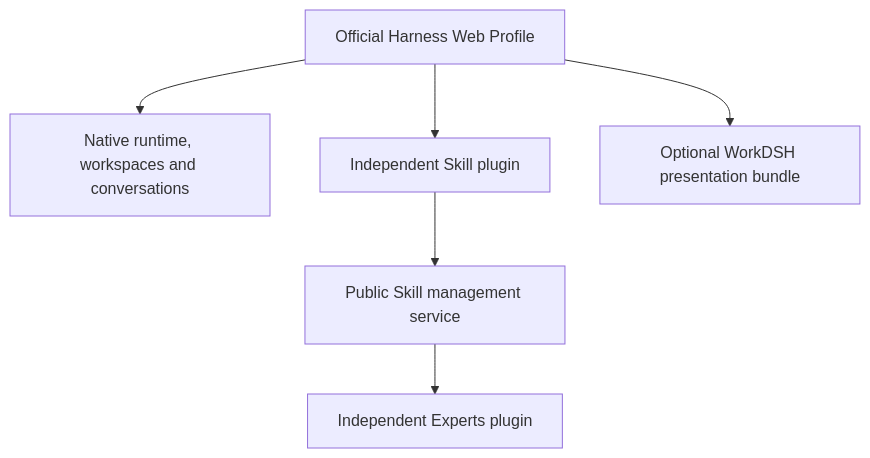
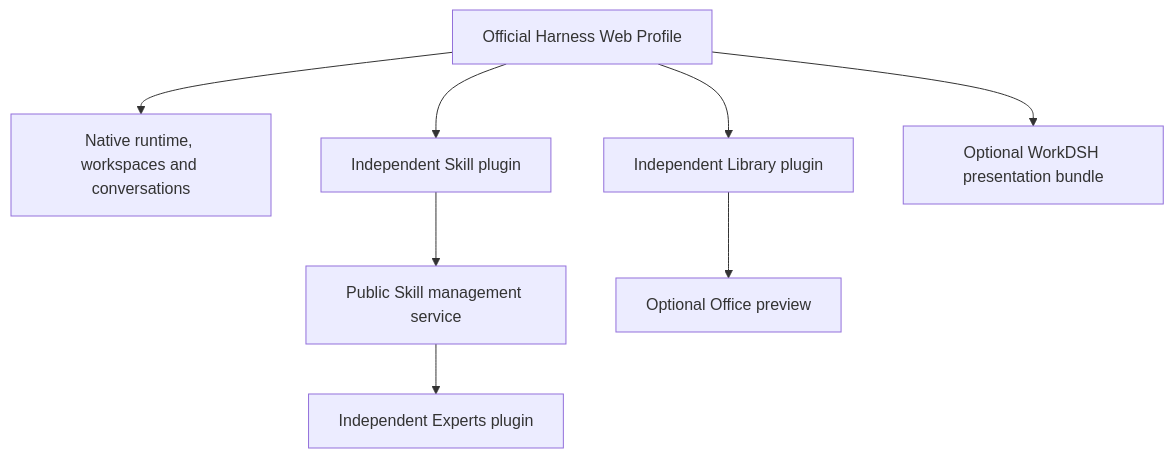
The diagram in README.md (hkluoji-lab/workdsh), drawn with Mermaid before and after one commit. The commit also changed other lines of this file and 2 other files, not shown here.

Commit message:
docs: add library guide and screenshot

````diff
--- a/README.md
+++ b/README.md
@@ -95,9 +110,11 @@
 ```mermaid
 flowchart TB
   profile[Official Harness Web Profile]
   profile --> native[Native runtime, workspaces and conversations]
   profile --> skills[Independent Skill plugin]
+  profile --> library[Independent Library plugin]
   profile --> presentation[Optional WorkDSH presentation bundle]
   skills --> service[Public Skill management service]
   service --> experts[Independent Experts plugin]
+  library --> office[Optional Office preview]
 ```
````
